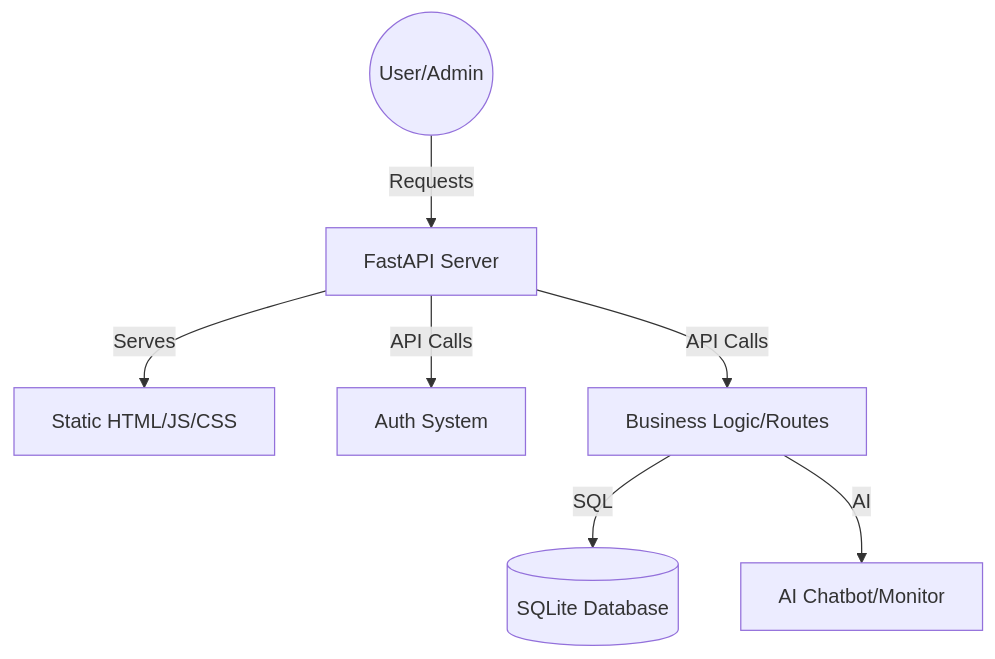
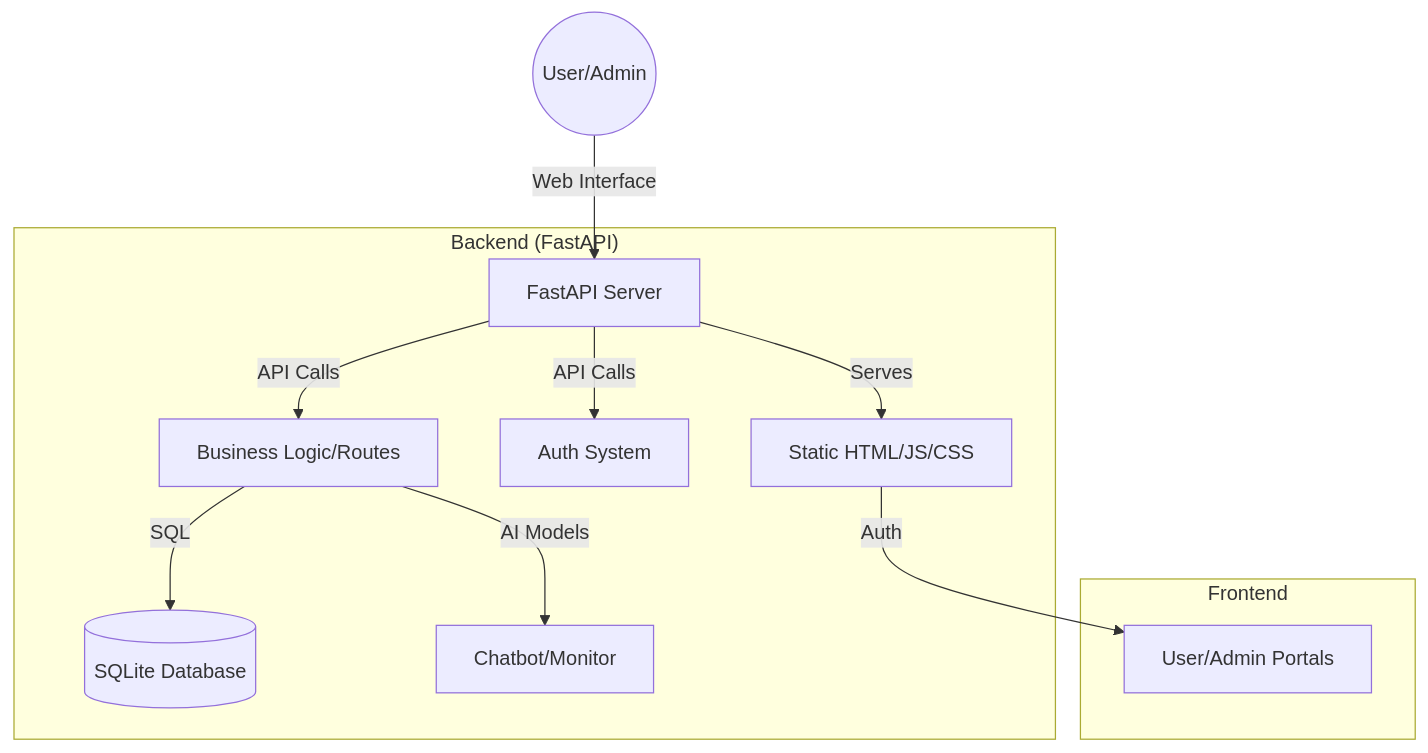
The first of 2 diagrams in PRODUCTION_WIKI.md (Vshn2k5/HEALTH-BITE_FINAL), drawn with Mermaid before and after one commit. The commit also changed other lines of this file, not shown here.

Commit message:
Enhance PRODUCTION_WIKI with detailed diagrams and GitDiagram link

````diff
--- a/PRODUCTION_WIKI.md
+++ b/PRODUCTION_WIKI.md
@@ -15,9 +15,14 @@
 ```mermaid
 graph TD
-    User((User/Admin)) -->|Requests| FastApi[FastAPI Server]
-    FastApi -->|Serves| Static[Static HTML/JS/CSS]
-    FastApi -->|API Calls| Auth[Auth System]
-    FastApi -->|API Calls| Logic[Business Logic/Routes]
-    Logic -->|SQL| DB[(SQLite Database)]
-    Logic -->|AI| Chat[AI Chatbot/Monitor]
+    User((User/Admin)) -->|Web Interface| FastApi[FastAPI Server]
+    subgraph "Backend (FastAPI)"
+        FastApi -->|Serves| Static[Static HTML/JS/CSS]
+        FastApi -->|API Calls| Auth[Auth System]
+        FastApi -->|API Calls| Logic[Business Logic/Routes]
+        Logic -->|SQL| DB[(SQLite Database)]
+        Logic -->|AI Models| AI[Chatbot/Monitor]
+    end
+    subgraph "Frontend"
+        Static -->|Auth| Dashboard[User/Admin Portals]
+    end
 ```
````
